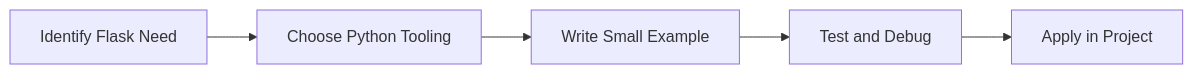
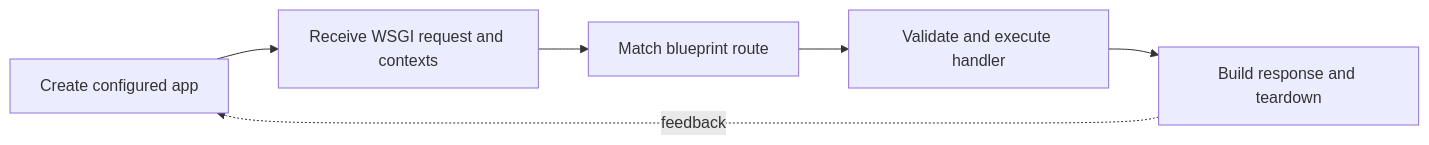
One commit to SYMOIZ/E-Learning-Portal changed the diagram in Python-Mastery/Advanced/29-flask.md. Above: the diagram before and after it, drawn with Mermaid. The commit also changed other lines of this file and 116 other files, not shown here.

````diff
--- a/Python-Mastery/Advanced/29-flask.md
+++ b/Python-Mastery/Advanced/29-flask.md
@@ -154,7 +165,8 @@
 ```mermaid
 flowchart LR
-    A[Identify Flask Need] --> B[Choose Python Tooling]
-    B --> C[Write Small Example]
-    C --> D[Test and Debug]
-    D --> E[Apply in Project]
+    A[Create configured app] --> B[Receive WSGI request and contexts]
+    B --> C[Match blueprint route]
+    C --> D[Validate and execute handler]
+    D --> E[Build response and teardown]
+    E -. feedback .-> A
 ```
````
